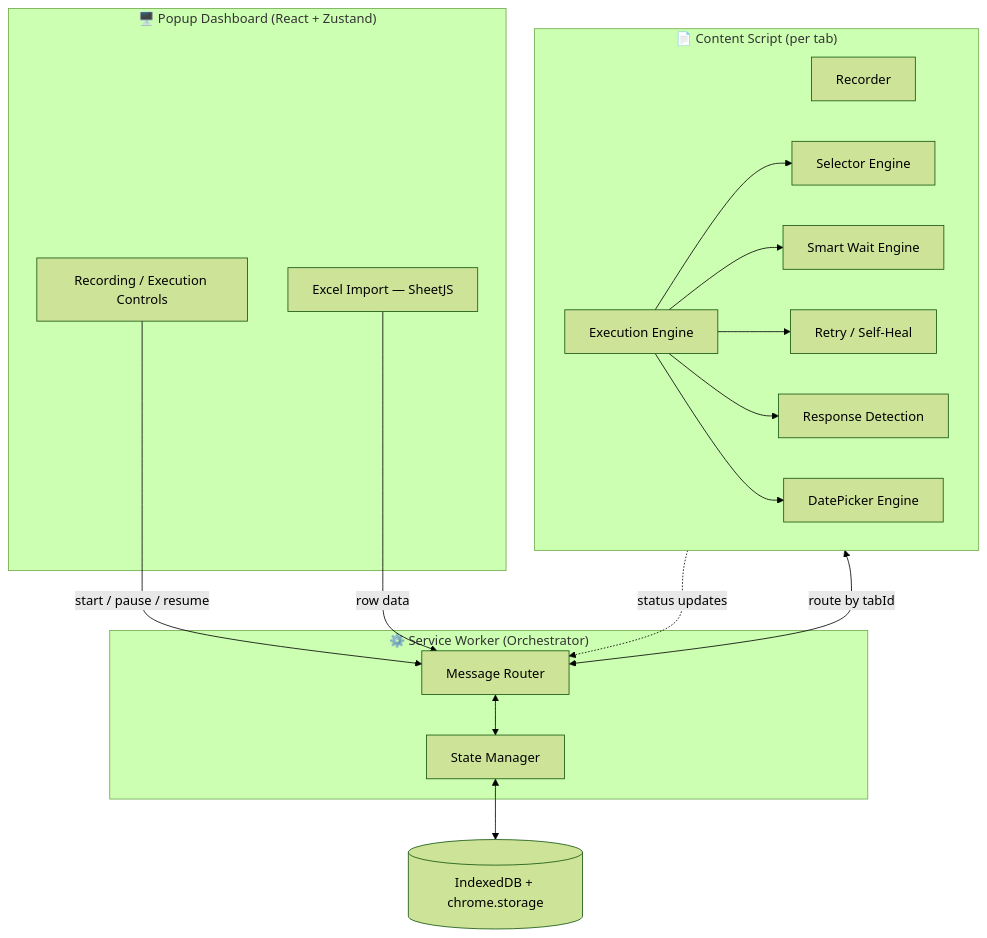
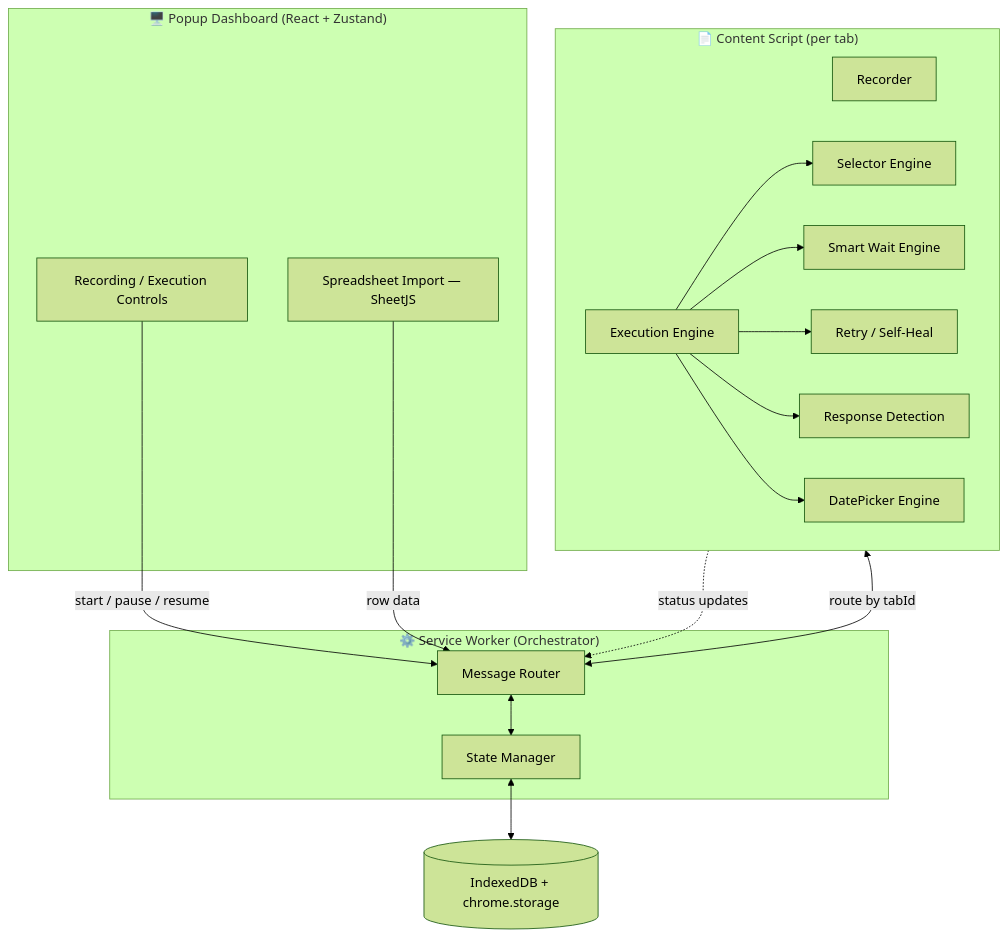
One commit to Sachin-Rawal091/FORMANCHOR changed the diagram in README.md. Above: the diagram before and after it, drawn with Mermaid (forest theme). The commit also changed other lines of this file, not shown here.

````diff
--- a/README.md
+++ b/README.md
@@ -71,36 +88,36 @@
 ```mermaid
 flowchart TD
     subgraph Popup["🖥️ Popup Dashboard (React + Zustand)"]
         UI[Recording / Execution Controls]
-        XLS[Excel Import — SheetJS]
+        XLS[Spreadsheet Import — SheetJS]
     end
 
     subgraph SW["⚙️ Service Worker (Orchestrator)"]
         SM[State Manager]
         MSG[Message Router]
     end
 
     subgraph CS["📄 Content Script (per tab)"]
         REC[Recorder]
         EXE[Execution Engine]
         SEL[Selector Engine]
         WAIT[Smart Wait Engine]
         RETRY[Retry / Self-Heal]
         RESP[Response Detection]
         DP[DatePicker Engine]
     end
 
     STORE[(IndexedDB + chrome.storage)]
 
     UI -->|start / pause / resume| MSG
     XLS -->|row data| MSG
     MSG <--> SM
     SM <--> STORE
     MSG <-->|route by tabId| CS
     EXE --> SEL
     EXE --> WAIT
     EXE --> RETRY
     EXE --> RESP
     EXE --> DP
     CS -.status updates.-> MSG
 ```
````
